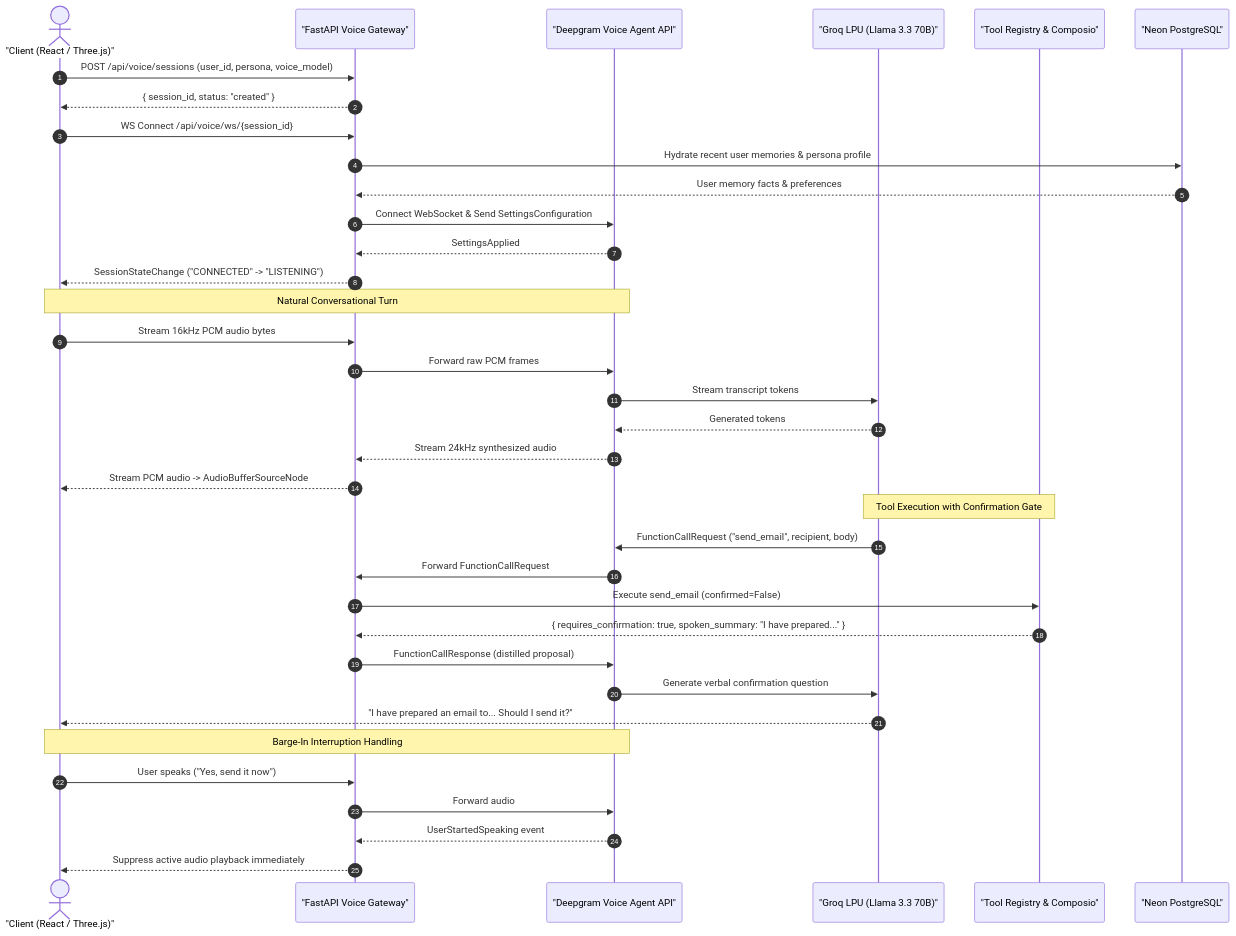
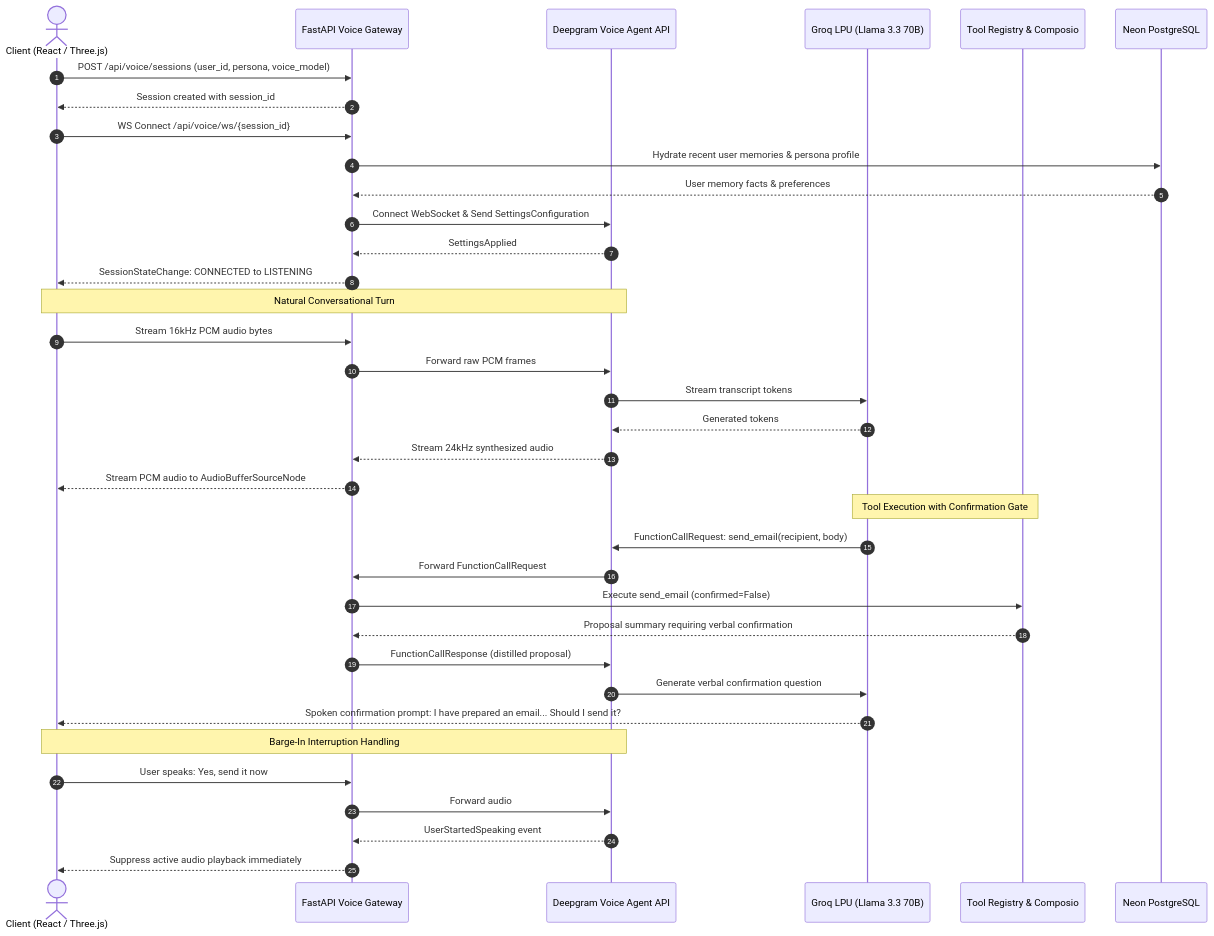
Before and after one commit to Courage-7/Voice-Agent: the second of 2 diagrams in README.md, drawn with Mermaid. The commit also changed other lines of this file, not shown here.

First line of the commit message:
docs: fix mermaid diagrams and test commands

````diff
--- a/README.md
+++ b/README.md
@@ -116,43 +116,43 @@
 ```mermaid
 sequenceDiagram
     autonumber
-    actor Client as "Client (React / Three.js)"
-    participant GW as "FastAPI Voice Gateway"
-    participant DG as "Deepgram Voice Agent API"
-    participant Groq as "Groq LPU (Llama 3.3 70B)"
-    participant Tool as "Tool Registry & Composio"
-    participant DB as "Neon PostgreSQL"
+    actor Client as Client (React / Three.js)
+    participant GW as FastAPI Voice Gateway
+    participant DG as Deepgram Voice Agent API
+    participant Groq as Groq LPU (Llama 3.3 70B)
+    participant Tool as Tool Registry & Composio
+    participant DB as Neon PostgreSQL
 
     Client->>GW: POST /api/voice/sessions (user_id, persona, voice_model)
-    GW-->>Client: { session_id, status: "created" }
+    GW-->>Client: Session created with session_id
 
     Client->>GW: WS Connect /api/voice/ws/{session_id}
     GW->>DB: Hydrate recent user memories & persona profile
     DB-->>GW: User memory facts & preferences
     GW->>DG: Connect WebSocket & Send SettingsConfiguration
     DG-->>GW: SettingsApplied
-    GW-->>Client: SessionStateChange ("CONNECTED" -> "LISTENING")
+    GW-->>Client: SessionStateChange: CONNECTED to LISTENING
 
     Note over Client,DG: Natural Conversational Turn
     Client->>GW: Stream 16kHz PCM audio bytes
     GW->>DG: Forward raw PCM frames
     DG->>Groq: Stream transcript tokens
     Groq-->>DG: Generated tokens
     DG-->>GW: Stream 24kHz synthesized audio
-    GW-->>Client: Stream PCM audio -> AudioBufferSourceNode
+    GW-->>Client: Stream PCM audio to AudioBufferSourceNode
 
     Note over Groq,Tool: Tool Execution with Confirmation Gate
-    Groq->>DG: FunctionCallRequest ("send_email", recipient, body)
+    Groq->>DG: FunctionCallRequest: send_email(recipient, body)
     DG->>GW: Forward FunctionCallRequest
     GW->>Tool: Execute send_email (confirmed=False)
-    Tool-->>GW: { requires_confirmation: true, spoken_summary: "I have prepared..." }
+    Tool-->>GW: Proposal summary requiring verbal confirmation
     GW->>DG: FunctionCallResponse (distilled proposal)
     DG->>Groq: Generate verbal confirmation question
-    Groq-->>Client: "I have prepared an email to... Should I send it?"
+    Groq-->>Client: Spoken confirmation prompt: I have prepared an email... Should I send it?
 
     Note over Client,DG: Barge-In Interruption Handling
-    Client->>GW: User speaks ("Yes, send it now")
+    Client->>GW: User speaks: Yes, send it now
     GW->>DG: Forward audio
     DG-->>GW: UserStartedSpeaking event
     GW-->>Client: Suppress active audio playback immediately
 ```
````
